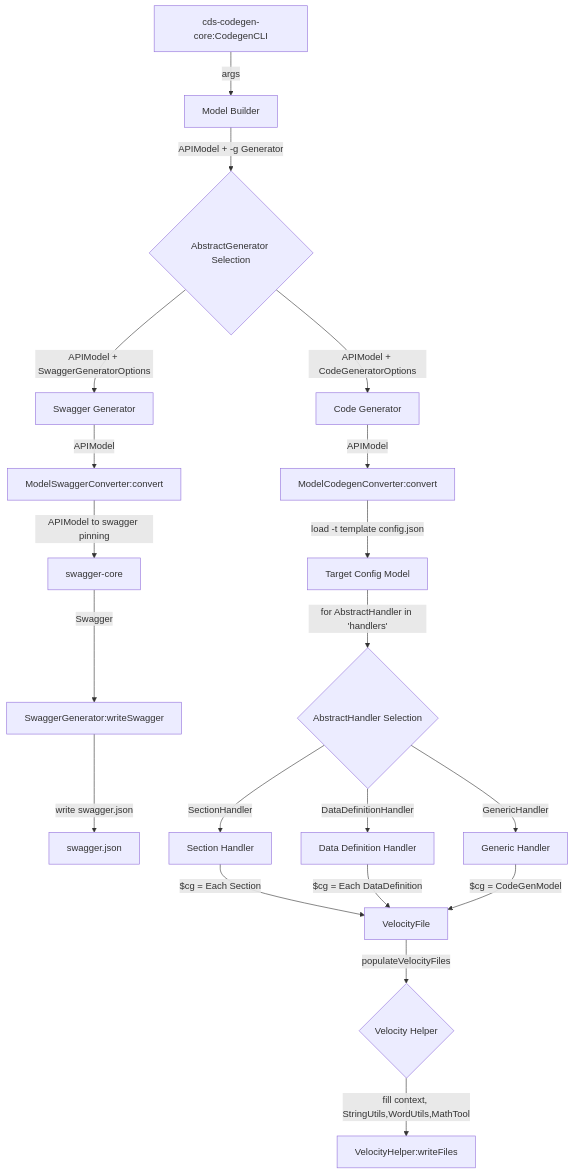
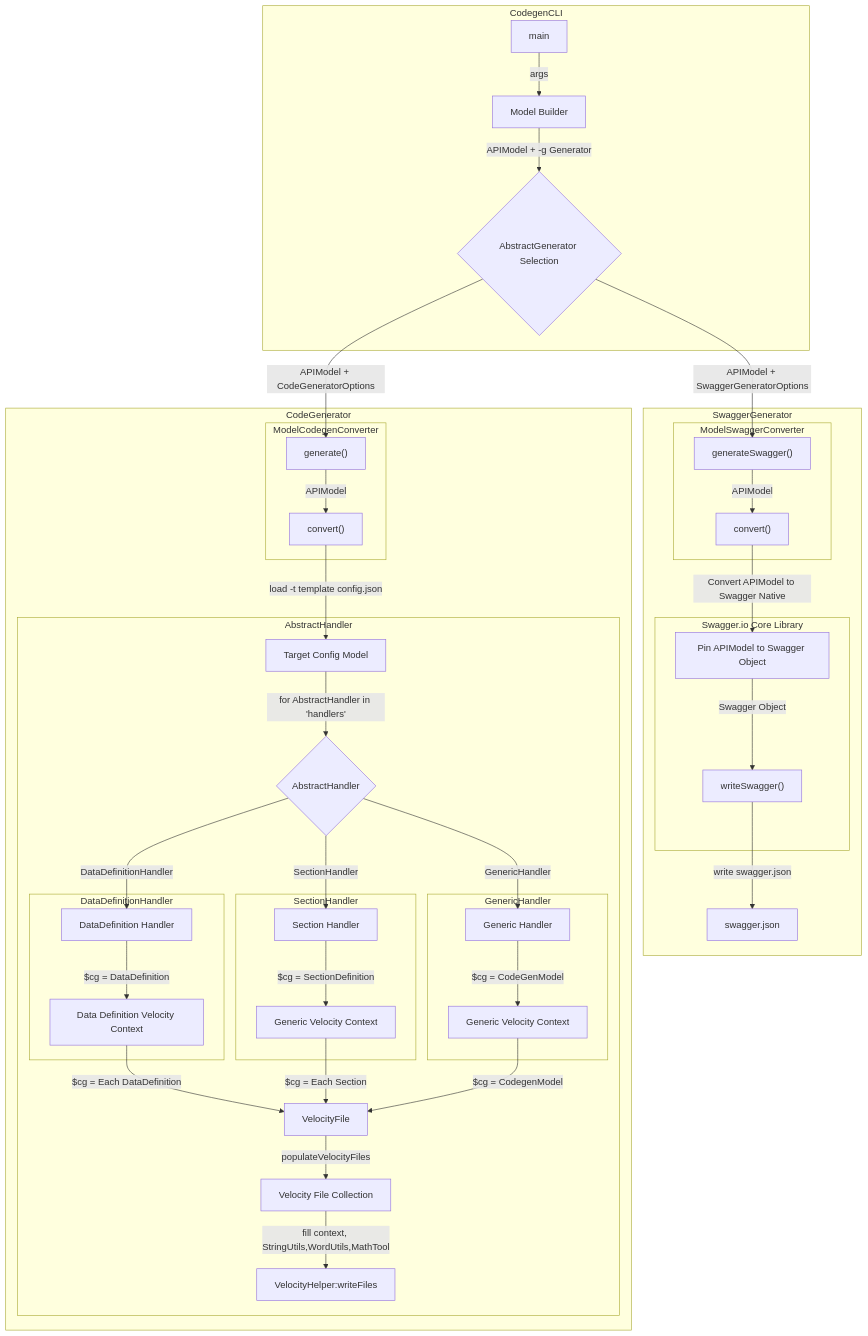
The diagram in source/artefacts/support/codegen/architecture.rst (perlboy/engineering), drawn with Mermaid before and after one commit.

Commit message:
Diagram updates

```diff
--- a/source/artefacts/support/codegen/architecture.rst
+++ b/source/artefacts/support/codegen/architecture.rst
@@ -7,22 +7,45 @@
 .. mermaid::
 
     graph TD
-    CLI[cds-codegen-core:CodegenCLI] -->| args| MB[Model Builder]
-    MB -->|APIModel + -g Generator|AG{AbstractGenerator Selection}
-    AG-->|APIModel + CodeGeneratorOptions|CG[Code Generator]
-    AG-->|APIModel + SwaggerGeneratorOptions|SG[Swagger Generator]
-    SG-->|APIModel|MSC[ModelSwaggerConverter:convert]
-    MSC-->|APIModel to swagger pinning|NSC[swagger-core]
-    NSC-->|Swagger|WS[SwaggerGenerator:writeSwagger]
-    WS-->|write swagger.json|SJSON[swagger.json]
-    CG-->|APIModel|MCC[ModelCodegenConverter:convert]
-    MCC-->|load -t template config.json|TGCM[Target Config Model]
-    TGCM-->|for AbstractHandler in 'handlers'|AHS{AbstractHandler Selection}
-    AHS-->|GenericHandler|GH[Generic Handler]
-    AHS-->|DataDefinitionHandler|DDH[Data Definition Handler]
-    AHS-->|SectionHandler|SH[Section Handler]
-    SH-->|$cg = Each Section|VF[VelocityFile]
-    VF-->|populateVelocityFiles|VH{Velocity Helper}
-    DDH-->|$cg = Each DataDefinition|VF[VelocityFile]
-    GH-->|$cg = CodeGenModel|VF[VelocityFile]
-    VH-->|fill context, StringUtils,WordUtils,MathTool|VHWF[VelocityHelper:writeFiles]
+    subgraph CodegenCLI
+        CLI[main] -->| args| MB[Model Builder]
+        MB -->|APIModel + -g Generator|AG{AbstractGenerator Selection}
+    end
+    subgraph SwaggerGenerator
+        AG-->|APIModel + SwaggerGeneratorOptions|SG["generateSwagger()"]
+        subgraph ModelSwaggerConverter
+             SG-->|APIModel|MSC["convert()"]
+        end
+        subgraph Swagger.io Core Library
+            NSC-->|Swagger Object|WS["writeSwagger()"]
+            MSC-->|Convert APIModel to Swagger Native|NSC[Pin APIModel to Swagger Object]
+        end
+        WS-->|write swagger.json|SJSON[swagger.json]
+    end
+    subgraph CodeGenerator
+        AG-->|APIModel + CodeGeneratorOptions|CG["generate()"]
+        subgraph ModelCodegenConverter
+            CG-->|APIModel|MCC["convert()"]
+        end
+        subgraph AbstractHandler
+            MCC-->|load -t template config.json|TGCM[Target Config Model]
+            TGCM-->|for AbstractHandler in 'handlers'|AHS{AbstractHandler }
+            AHS-->|DataDefinitionHandler|DDH[DataDefinition Handler]
+            AHS-->|SectionHandler|SH[Section Handler]
+            AHS-->|GenericHandler|GH[Generic Handler]
+           subgraph DataDefinitionHandler
+                DDH-->|$cg = DataDefinition|DDHVC[Data Definition Velocity Context]
+           end
+           subgraph SectionHandler
+               SH-->|$cg = SectionDefinition|SHVC[Generic Velocity Context]
+           end
+           subgraph GenericHandler
+               GH-->|$cg = CodeGenModel|GHVC[Generic Velocity Context]
+           end              
+           DDHVC-->|$cg = Each DataDefinition|VF[VelocityFile]
+           SHVC-->|$cg = Each Section|VF[VelocityFile]
+           GHVC-->|$cg = CodegenModel|VF[VelocityFile]
+           VF-->|populateVelocityFiles|VH[Velocity File Collection]
+           VH-->|fill context, StringUtils,WordUtils,MathTool|VHWF[VelocityHelper:writeFiles]
+           end
+    end
```
